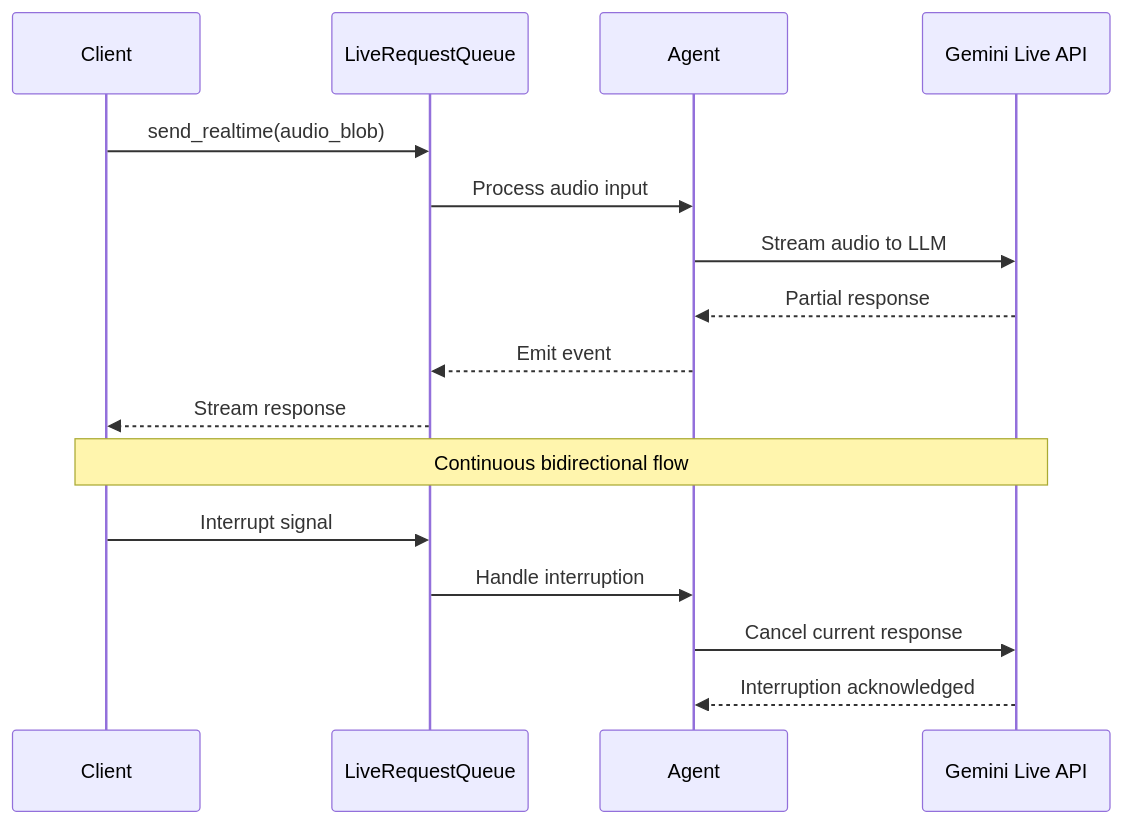
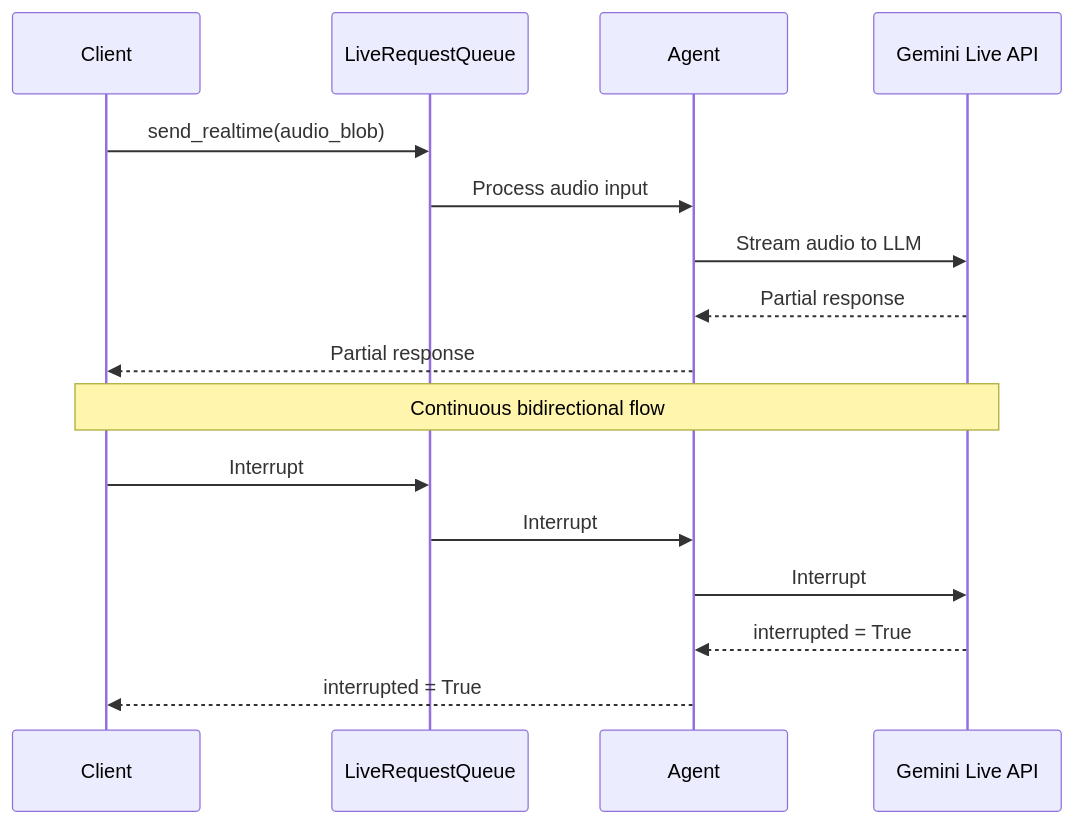
The second of 2 diagrams in docs/chapter1.md (kazunori279/adk-streaming-guide), drawn with Mermaid before and after one commit. The commit also changed other lines of this file and 5 other files, not shown here.

````diff
--- a/docs/chapter1.md
+++ b/docs/chapter1.md
@@ -129,21 +134,21 @@
 ```mermaid
 sequenceDiagram
     participant Client
     participant LiveQueue as LiveRequestQueue
     participant Agent
     participant Gemini as Gemini Live API
     
     Client->>LiveQueue: send_realtime(audio_blob)
     LiveQueue->>Agent: Process audio input
     Agent->>Gemini: Stream audio to LLM
     Gemini-->>Agent: Partial response
-    Agent-->>LiveQueue: Emit event
-    LiveQueue-->>Client: Stream response
+    Agent-->>Client: Partial response
     
     Note over Client,Gemini: Continuous bidirectional flow
     
-    Client->>LiveQueue: Interrupt signal
-    LiveQueue->>Agent: Handle interruption
-    Agent->>Gemini: Cancel current response
-    Gemini-->>Agent: Interruption acknowledged
+    Client->>LiveQueue: Interrupt
+    LiveQueue->>Agent: Interrupt
+    Agent->>Gemini: Interrupt
+    Gemini-->>Agent: interrupted = True
+    Agent-->>Client: interrupted = True
 ```
````
